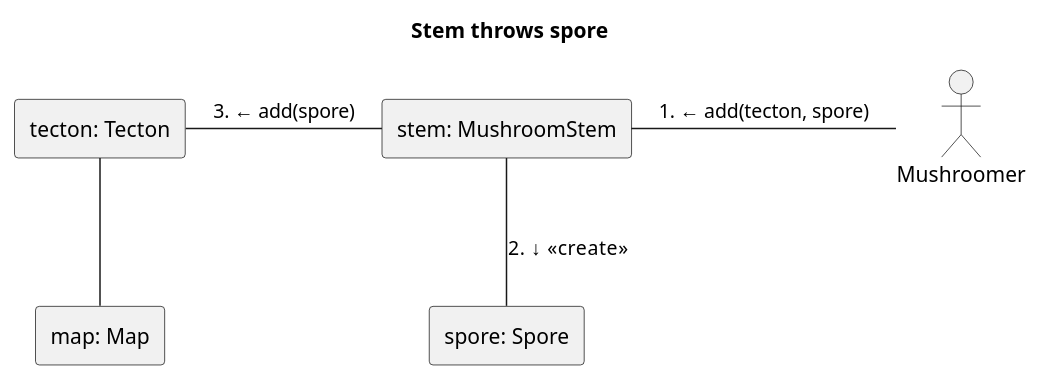
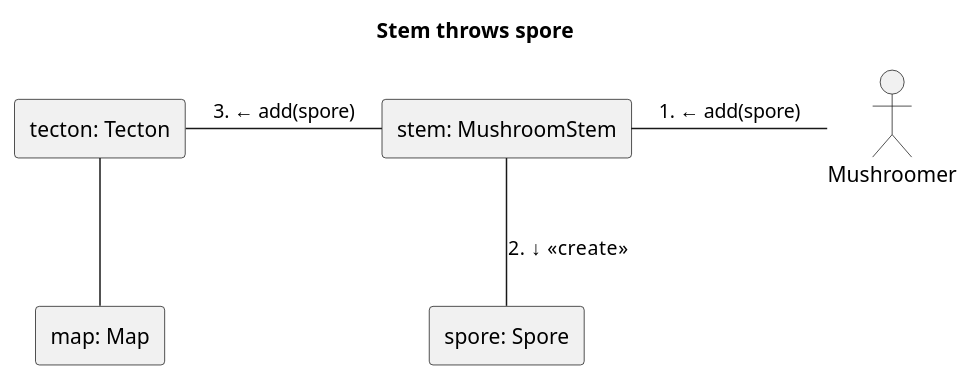
The diagram in 5/communication_diagrams/throws_spore.puml (Petya-G/fungorium), drawn with PlantUML before and after one commit. The commit also changed 1 other file, not shown here.

Commit message:
# some comm. diagrams

```diff
--- a/5/communication_diagrams/throws_spore.puml
+++ b/5/communication_diagrams/throws_spore.puml
@@ -2,17 +2,17 @@
 @startuml Throws spore
 title Stem throws spore
 skinparam linestyle ortho
 actor Mushroomer
 rectangle "map: Map" as 1
 rectangle "tecton: Tecton" as 2.1
 rectangle "spore: Spore" as 4
 rectangle "stem: MushroomStem" as 5
 
-Mushroomer -left- 5: 1. ← add(tecton, spore)
+Mushroomer -left- 5: 1. ← add(spore)
 5 -down- 4: 2. ↓ <<create>>
 5 -left- 2.1: 3. ← add(spore)
 2.1 -down- 1
 
 
 
 @enduml
```
